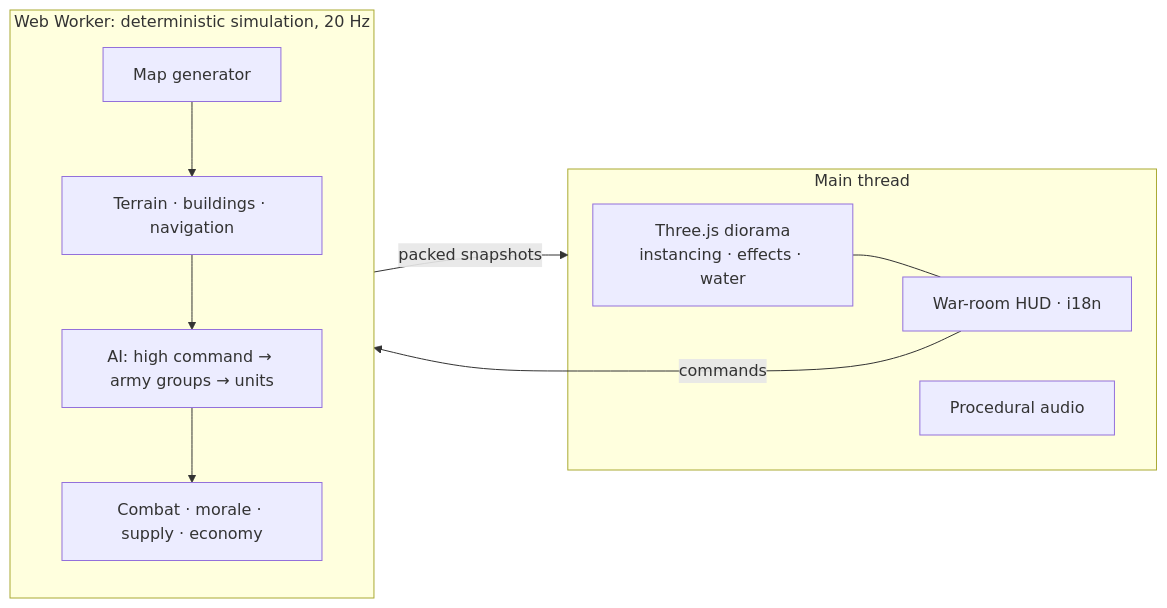
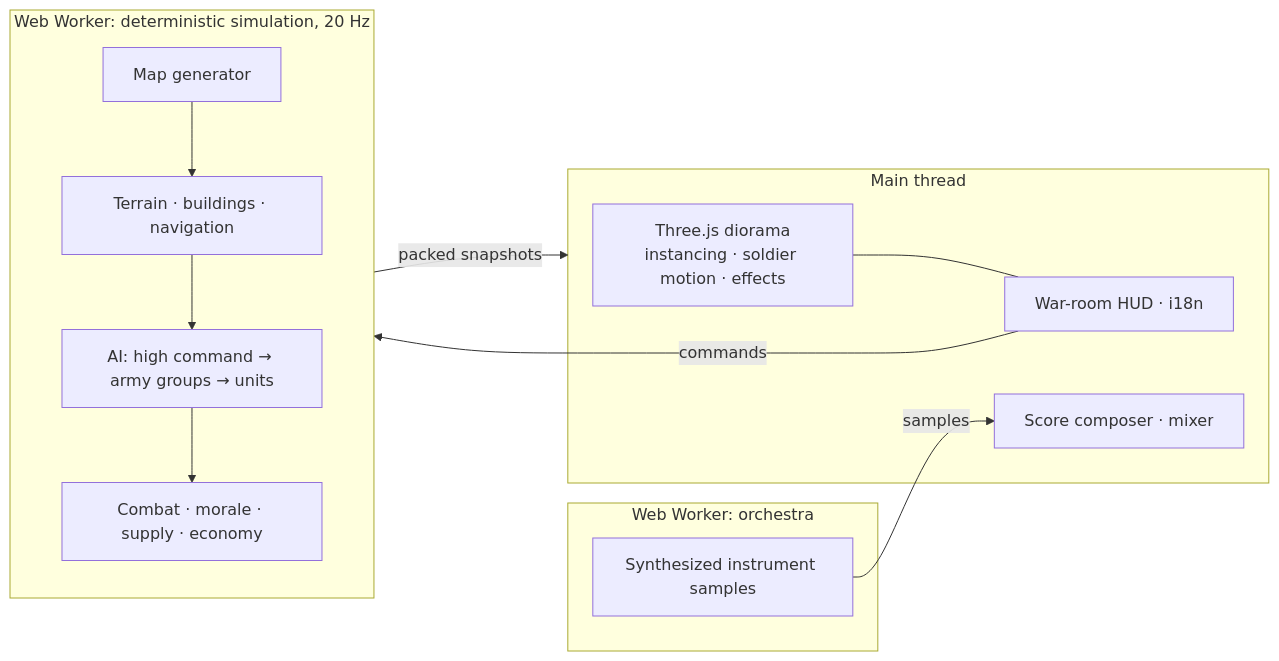
One commit to Zwl20085/LittleWarGame changed the second of 2 diagrams in README.md. Above: the diagram before and after it, drawn with Mermaid. The commit also changed other lines of this file and 111 other files, not shown here.

````diff
--- a/README.md
+++ b/README.md
@@ -140,14 +158,18 @@
 ```mermaid
 flowchart LR
   subgraph Worker[Web Worker: deterministic simulation, 20 Hz]
     MG[Map generator] --> T[Terrain · buildings · navigation]
     T --> AI[AI: high command → army groups → units]
     AI --> CB[Combat · morale · supply · economy]
   end
   Worker -- packed snapshots --> Main
   subgraph Main[Main thread]
-    R[Three.js diorama<br/>instancing · effects · water] --- UI[War-room HUD · i18n]
-    AU[Procedural audio]
+    R[Three.js diorama<br/>instancing · soldier motion · effects] --- UI[War-room HUD · i18n]
+    AU[Score composer · mixer]
   end
+  subgraph Orch[Web Worker: orchestra]
+    OR[Synthesized instrument samples]
+  end
+  OR -- samples --> AU
   UI -- commands --> Worker
 ```
````
